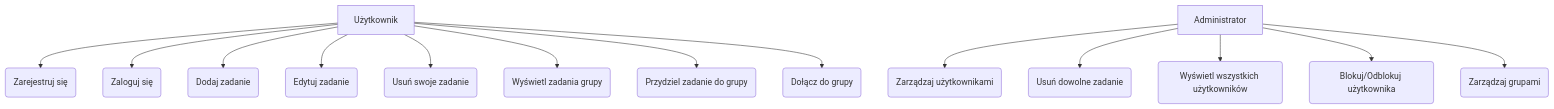
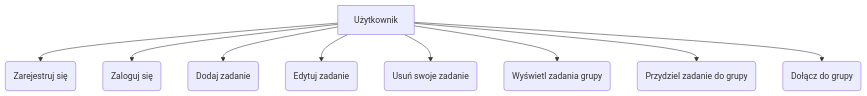
The first of 5 diagrams in .github/workflows/README.md (WisMaja/To-Do-List-Azure), drawn with Mermaid before and after one commit.

````diff
--- a/.github/workflows/README.md
+++ b/.github/workflows/README.md
@@ -5,17 +5,11 @@
 ```mermaid
 graph TD
     A[Użytkownik] --> B(Zarejestruj się)
     A --> C(Zaloguj się)
     A --> D(Dodaj zadanie)
     A --> E(Edytuj zadanie)
     A --> F(Usuń swoje zadanie)
     A --> G(Wyświetl zadania grupy)
     A --> H(Przydziel zadanie do grupy)
     A --> I(Dołącz do grupy)
-    
-    J[Administrator] --> K(Zarządzaj użytkownikami)
-    J --> L(Usuń dowolne zadanie)
-    J --> M(Wyświetl wszystkich użytkowników)
-    J --> N(Blokuj/Odblokuj użytkownika)
-    J --> O(Zarządzaj grupami)
 ```
````
